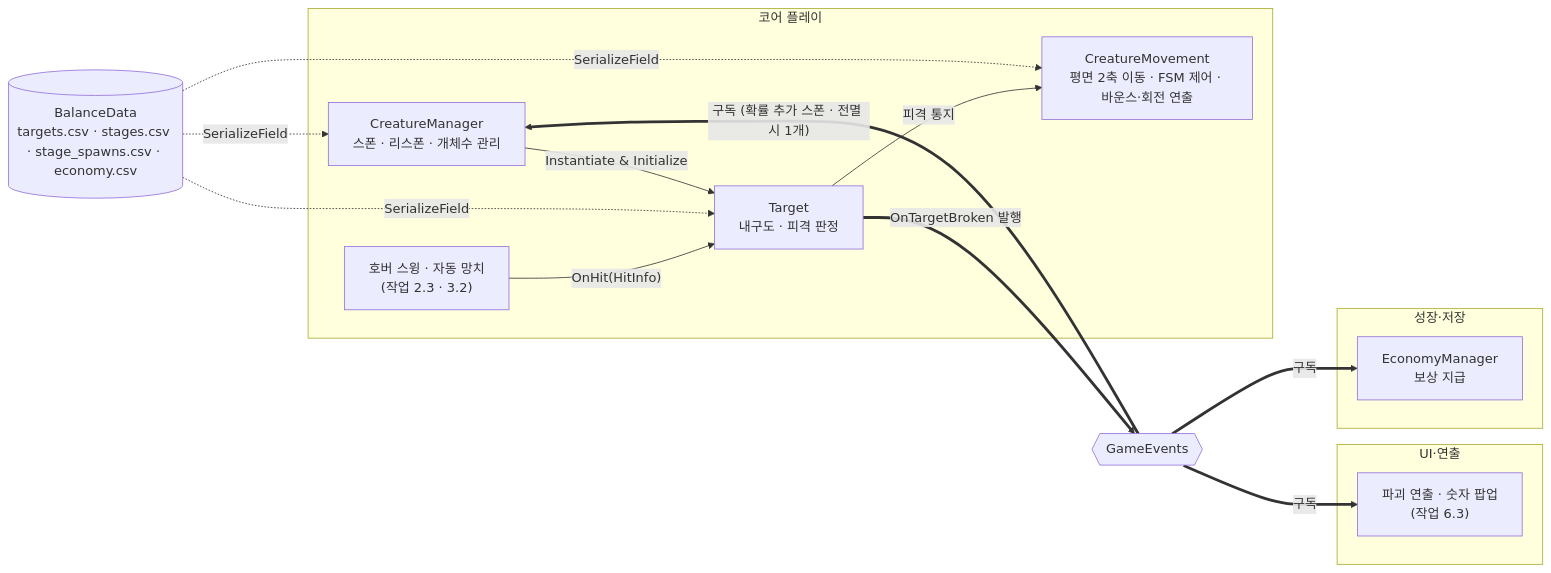
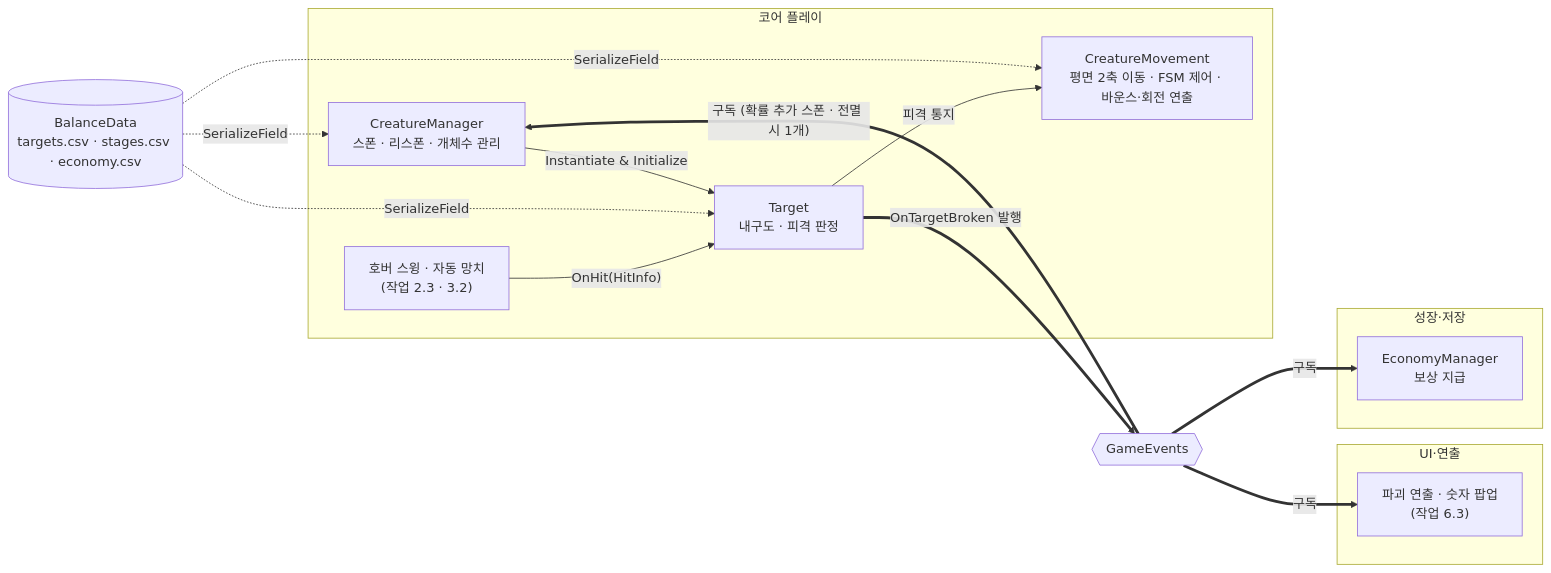
One commit to KDNA-Gwangju-1/NCAIClicker changed the diagram in docs/TECH_NOTES/hit-targets.md. Above: the diagram before and after it, drawn with Mermaid. The commit also changed other lines of this file and 30 other files, not shown here.

````diff
--- a/docs/TECH_NOTES/hit-targets.md
+++ b/docs/TECH_NOTES/hit-targets.md
@@ -41,31 +41,31 @@
 ```mermaid
 flowchart LR
   subgraph Core["코어 플레이"]
     mgr["CreatureManager<br/>스폰 · 리스폰 · 개체수 관리"]
     movement["CreatureMovement<br/>평면 2축 이동 · FSM 제어 · 바운스·회전 연출"]
     target["Target<br/>내구도 · 피격 판정"]
     swing["호버 스윙 · 자동 망치<br/>(작업 2.3 · 3.2)"]
   end
 
   subgraph Growth["성장·저장"]
     econ["EconomyManager<br/>보상 지급"]
   end
 
   subgraph Fx["UI·연출"]
     vfx["파괴 연출 · 숫자 팝업<br/>(작업 6.3)"]
   end
 
   events{{"GameEvents"}}
-  balance[("BalanceData<br/>targets.csv · stages.csv · stage_spawns.csv · economy.csv")]
+  balance[("BalanceData<br/>targets.csv · stages.csv · economy.csv")]
 
   swing -- "OnHit(HitInfo)" --> target
   target -- "피격 통지" --> movement
   balance -. "SerializeField" .-> target
   balance -. "SerializeField" .-> movement
   balance -. "SerializeField" .-> mgr
   mgr -- "Instantiate & Initialize" --> target
   target == "OnTargetBroken 발행" ==> events
   events == "구독 (확률 추가 스폰 · 전멸 시 1개)" ==> mgr
   events == "구독" ==> econ
   events == "구독" ==> vfx
 ```
````
